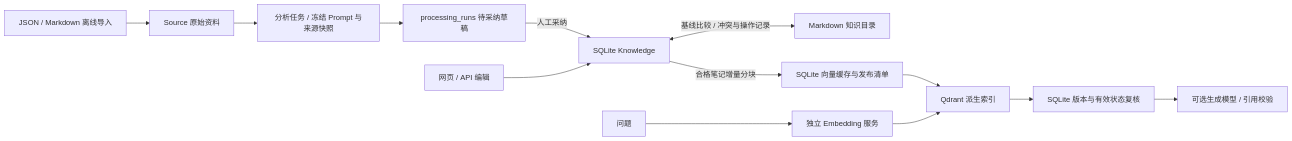
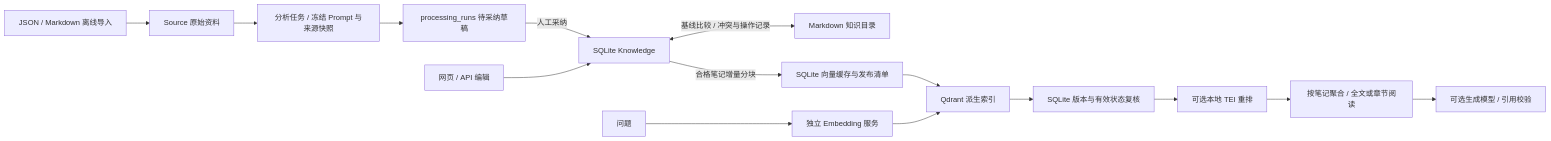
The diagram in ARCHITECTURE.md (005-guild/PersonalAiMemoryOs), drawn with Mermaid before and after one commit. The commit also changed 8 other files, not shown here.

````diff
--- a/ARCHITECTURE.md
+++ b/ARCHITECTURE.md
@@ -13,15 +13,17 @@
 ```mermaid
 flowchart LR
     Import[JSON / Markdown 离线导入] --> Source[Source 原始资料]
     Source --> Batch[分析任务 / 冻结 Prompt 与来源快照]
     Batch --> Draft[processing_runs 待采纳草稿]
     Draft -->|人工采纳| Note[SQLite Knowledge]
     Edit[网页 / API 编辑] --> Note
     Note <-->|基线比较 / 冲突与操作记录| Markdown[Markdown 知识目录]
     Note -->|合格笔记增量分块| Cache[SQLite 向量缓存与发布清单]
     Cache --> Qdrant[Qdrant 派生索引]
     Query[问题] --> Embedding[独立 Embedding 服务]
     Embedding --> Qdrant
     Qdrant --> Check[SQLite 版本与有效状态复核]
-    Check --> Answer[可选生成模型 / 引用校验]
+    Check --> Rerank[可选本地 TEI 重排]
+    Rerank --> Reading[按笔记聚合 / 全文或章节阅读]
+    Reading --> Answer[可选生成模型 / 引用校验]
 ```
````
